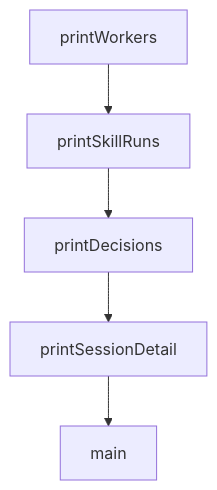
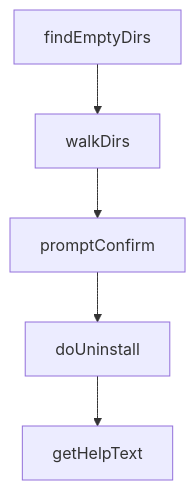
One commit to johnxie/awesome-code-docs changed the diagram in tutorials/everything-claude-code-tutorial/07-testing-verification-and-troubleshooting.md. Above: the diagram before and after it, drawn with Mermaid. The commit also changed other lines of this file and 1232 other files, not shown here.

````diff
--- a/tutorials/everything-claude-code-tutorial/07-testing-verification-and-troubleshooting.md
+++ b/tutorials/everything-claude-code-tutorial/07-testing-verification-and-troubleshooting.md
@@ -213,12 +211,12 @@
 ```mermaid
 flowchart TD
-    A[printWorkers]
-    B[printSkillRuns]
-    C[printDecisions]
-    D[printSessionDetail]
-    E[main]
+    A[findEmptyDirs]
+    B[walkDirs]
+    C[promptConfirm]
+    D[doUninstall]
+    E[getHelpText]
     A --> B
     B --> C
     C --> D
     D --> E
 ```
````
